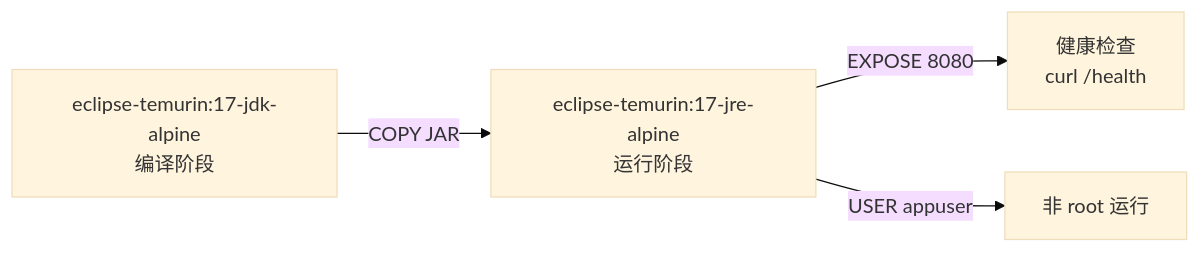
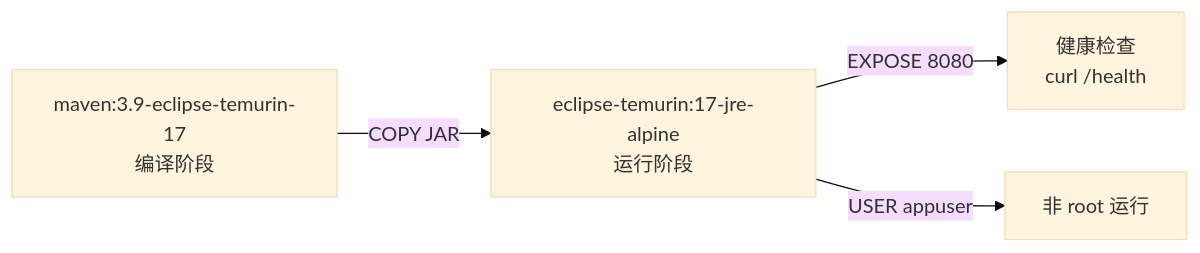
Before and after one commit to Fsu7/Veritas-: the fifth of 5 diagrams in Veritas/backend/README.md, drawn with Mermaid (base theme). The commit also changed other lines of this file and 13 other files, not shown here.

````diff
--- a/Veritas/backend/README.md
+++ b/Veritas/backend/README.md
@@ -485,6 +510,6 @@
 ```mermaid
 graph LR
-    A[eclipse-temurin:17-jdk-alpine<br/>编译阶段] -->|COPY JAR| B[eclipse-temurin:17-jre-alpine<br/>运行阶段]
+    A[maven:3.9-eclipse-temurin-17<br/>编译阶段] -->|COPY JAR| B[eclipse-temurin:17-jre-alpine<br/>运行阶段]
     B -->|EXPOSE 8080| C[健康检查<br/>curl /health]
     B -->|USER appuser| D[非 root 运行]
 ```
````
